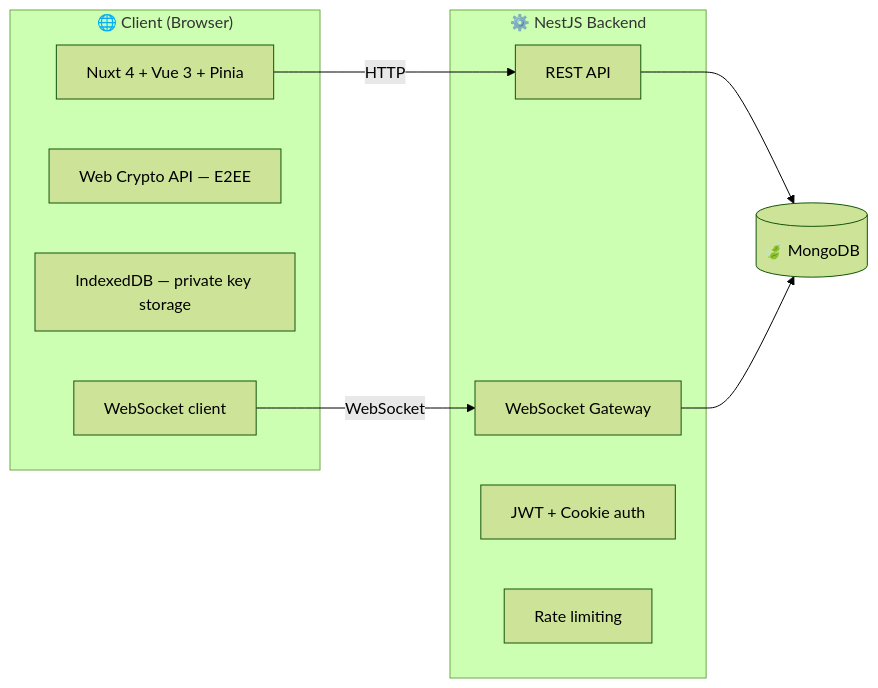
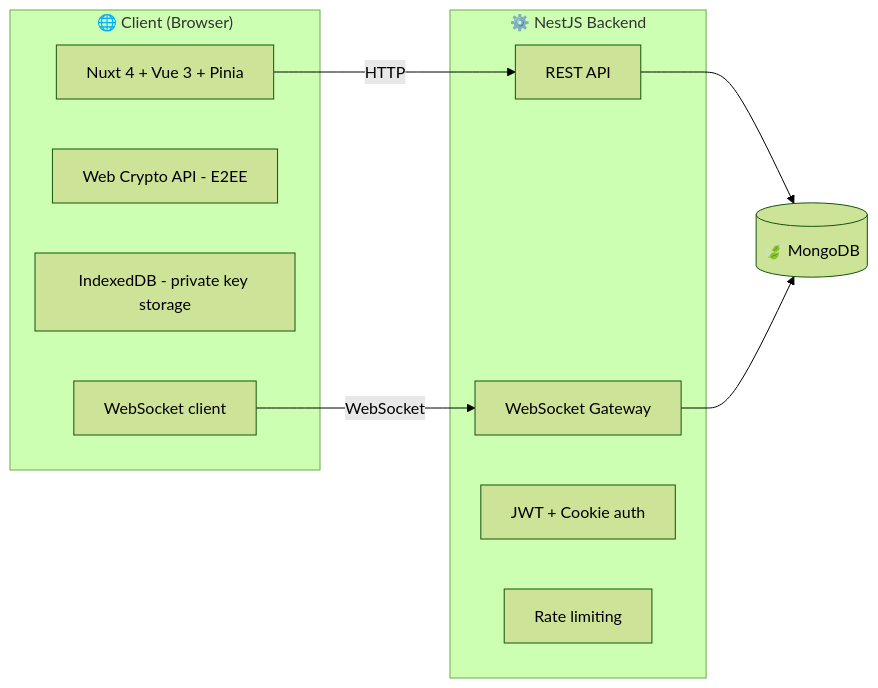
Before and after one commit to vortizz/whatsapp: the diagram in README.md, drawn with Mermaid (forest theme). The commit also changed other lines of this file and 11 other files, not shown here.

````diff
--- a/README.md
+++ b/README.md
@@ -126,23 +139,23 @@
 ```mermaid
 graph LR
     subgraph Client["🌐 Client (Browser)"]
         UI["Nuxt 4 + Vue 3 + Pinia"]
-        CRYPTO["Web Crypto API — E2EE"]
-        IDB["IndexedDB — private key storage"]
+        CRYPTO["Web Crypto API - E2EE"]
+        IDB["IndexedDB - private key storage"]
         WS_CLIENT["WebSocket client"]
     end
 
     subgraph Backend["⚙️ NestJS Backend"]
         REST["REST API"]
         WS_GATEWAY["WebSocket Gateway"]
         AUTH["JWT + Cookie auth"]
         RATE["Rate limiting"]
     end
 
     MONGO[("🍃 MongoDB")]
 
     UI -->|HTTP| REST
     WS_CLIENT -->|WebSocket| WS_GATEWAY
     REST --> MONGO
     WS_GATEWAY --> MONGO
 ```
````
